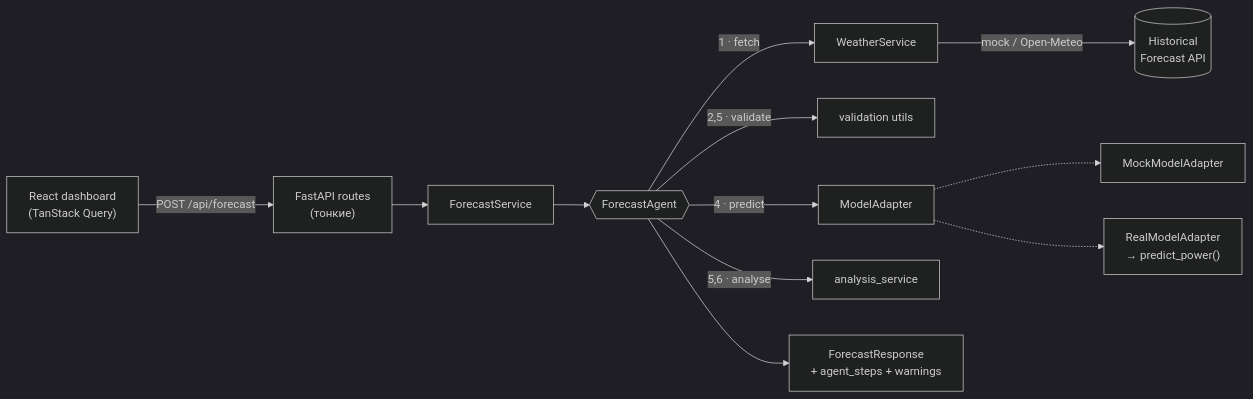
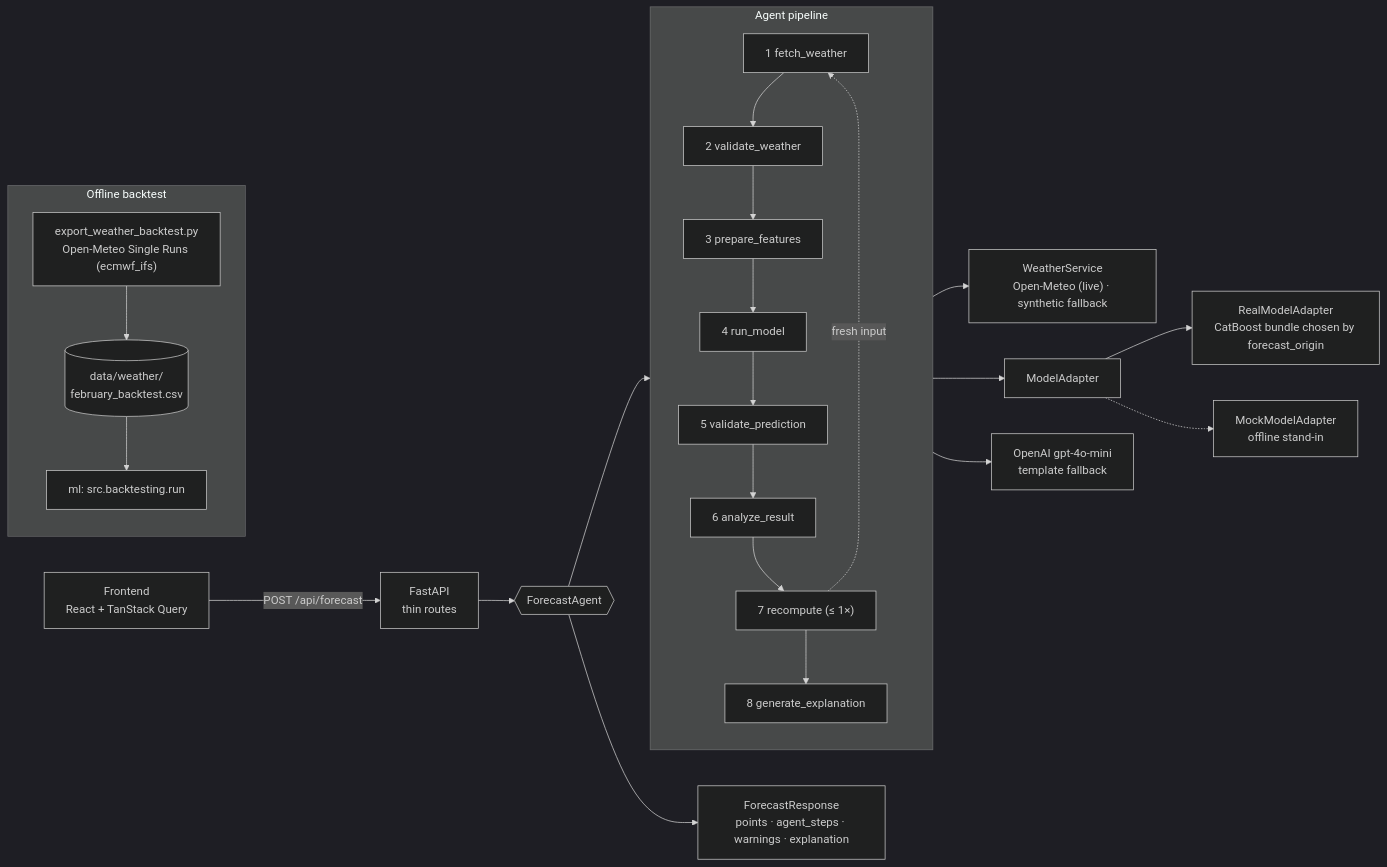
One commit to BAITC-Hacks/hack-bacd3af2-sync changed the diagram in README.md. Above: the diagram before and after it, drawn with Mermaid (dark theme). The commit also changed other lines of this file and 2 other files, not shown here.

````diff
--- a/README.md
+++ b/README.md
@@ -36,14 +21,24 @@
 ```mermaid
 flowchart LR
-    UI["React dashboard<br/>(TanStack Query)"] -- "POST /api/forecast" --> API["FastAPI routes<br/>(тонкие)"]
-    API --> FS[ForecastService]
-    FS --> AG{{ForecastAgent}}
-    AG -- "1 · fetch" --> WS[WeatherService]
-    WS -- "mock / Open-Meteo" --> WX[(Historical<br/>Forecast API)]
-    AG -- "2,5 · validate" --> VAL[validation utils]
-    AG -- "4 · predict" --> MA[ModelAdapter]
-    MA -.-> MOCK[MockModelAdapter]
-    MA -.-> REAL["RealModelAdapter<br/>→ predict_power()"]
-    AG -- "5,6 · analyse" --> AN[analysis_service]
-    AG --> RESP["ForecastResponse<br/>+ agent_steps + warnings"]
+    UI["Frontend<br/>React + TanStack Query"] -- "POST /api/forecast" --> API["FastAPI<br/>thin routes"]
+    API --> AG{{"ForecastAgent"}}
+
+    subgraph Agent pipeline
+      direction TB
+      S1["1 fetch_weather"] --> S2["2 validate_weather"] --> S3["3 prepare_features"] --> S4["4 run_model"]
+      S4 --> S5["5 validate_prediction"] --> S6["6 analyze_result"] --> S7["7 recompute (≤ 1×)"] --> S8["8 generate_explanation"]
+      S7 -. "fresh input" .-> S1
+    end
+
+    AG --> S1
+    S1 --> WS["WeatherService<br/>Open-Meteo (live) · synthetic fallback"]
+    S4 --> MA["ModelAdapter"]
+    MA --> RM["RealModelAdapter<br/>CatBoost bundle chosen by forecast_origin"]
+    MA -.-> MM["MockModelAdapter<br/>offline stand-in"]
+    S8 --> LLM["OpenAI gpt-4o-mini<br/>template fallback"]
+    AG --> RESP["ForecastResponse<br/>points · agent_steps · warnings · explanation"]
+
+    subgraph Offline backtest
+      EX["export_weather_backtest.py<br/>Open-Meteo Single Runs (ecmwf_ifs)"] --> CSV[("data/weather/<br/>february_backtest.csv")] --> BT["ml: src.backtesting.run"]
+    end
 ```
````
